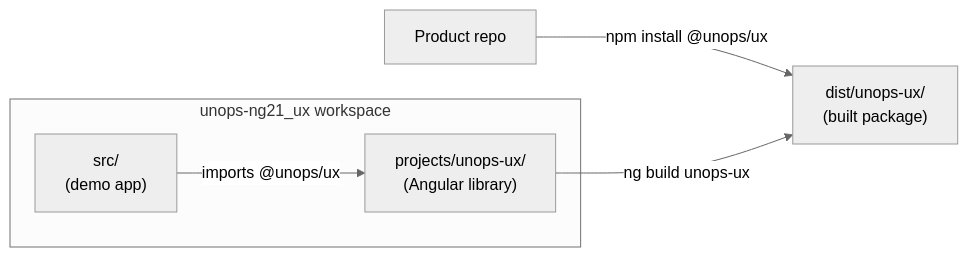
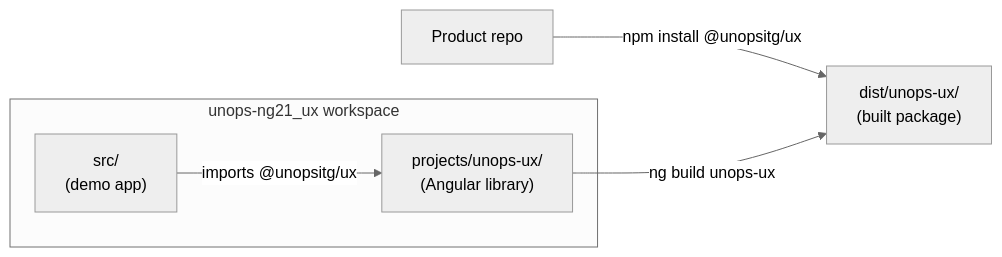
The diagram in .cursor/plans/extract_angular_library_cdea2ebc.plan.md (emamirelar/unops-ng21_ux), drawn with Mermaid (neutral theme) before and after one commit. The commit also changed other lines of this file and 67 other files, not shown here.

First line of the commit message:
Fix package scope: @unops/ux -> @unopsitg/ux

````diff
--- a/.cursor/plans/extract_angular_library_cdea2ebc.plan.md
+++ b/.cursor/plans/extract_angular_library_cdea2ebc.plan.md
@@ -59,10 +59,10 @@
 ```mermaid
 graph LR
     subgraph workspace ["unops-ng21_ux workspace"]
         lib["projects/unops-ux/\n(Angular library)"]
         app["src/\n(demo app)"]
     end
-    app -->|"imports @unops/ux"| lib
-    consumer["Product repo"] -->|"npm install @unops/ux"| dist["dist/unops-ux/\n(built package)"]
+    app -->|"imports @unopsitg/ux"| lib
+    consumer["Product repo"] -->|"npm install @unopsitg/ux"| dist["dist/unops-ux/\n(built package)"]
     lib -->|"ng build unops-ux"| dist
 ```
````
